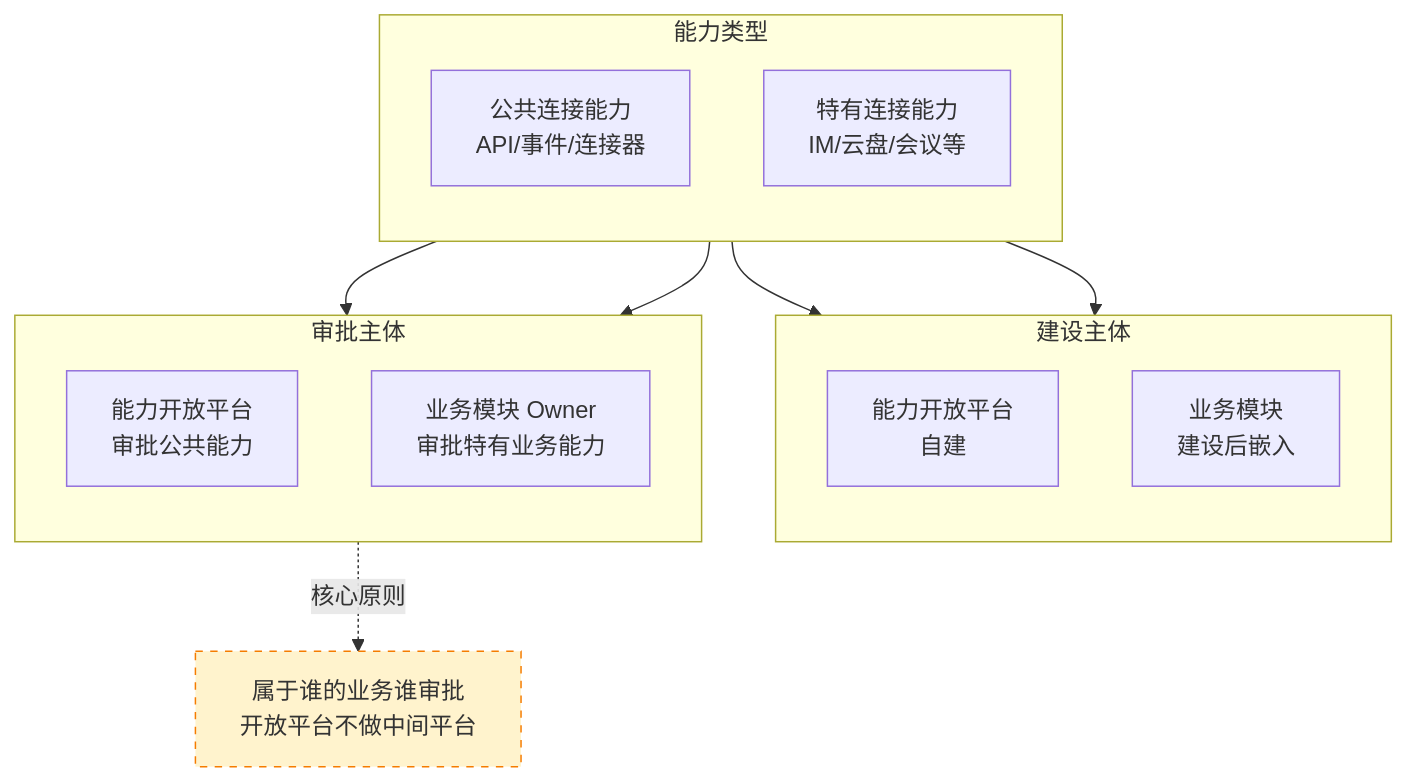
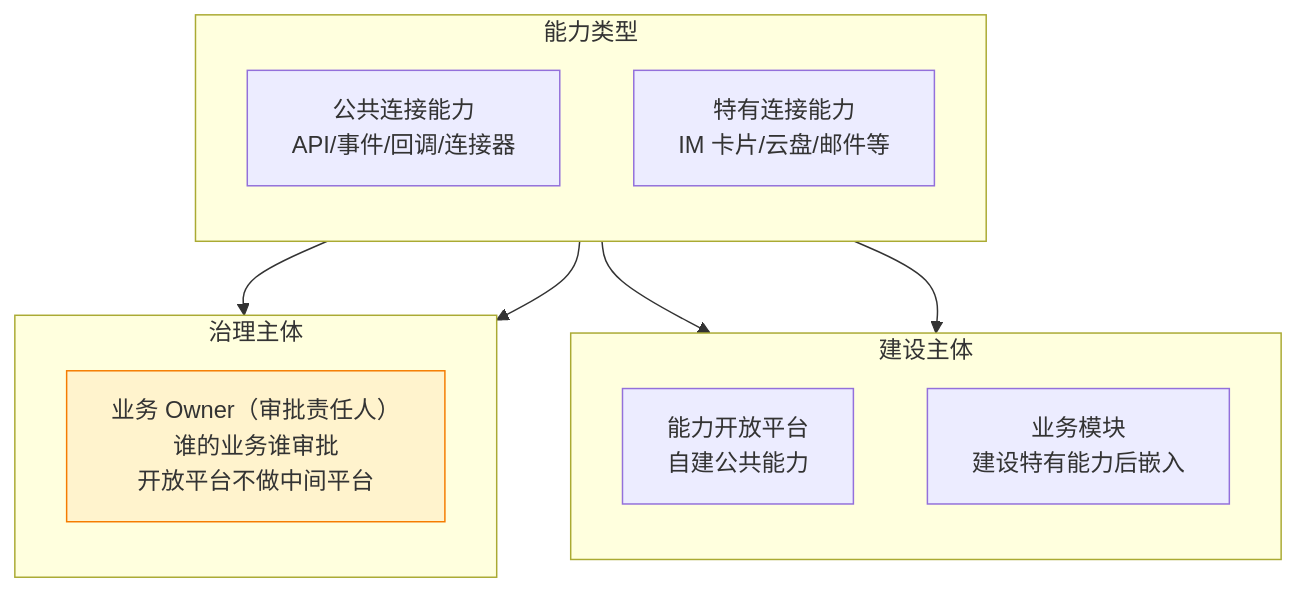
One commit to THZSummer/Product changed the tenth of 12 diagrams in open-app/.sdd/specs-tree-root/specs-tree-capability-open-platform/discovery-report.md. Above: the diagram before and after it, drawn with Mermaid. The commit also changed other lines of this file, not shown here.

First line of the commit message:
refactor: 优化 5.4 与数据开放平台的关系图

````diff
--- a/open-app/.sdd/specs-tree-root/specs-tree-capability-open-platform/discovery-report.md
+++ b/open-app/.sdd/specs-tree-root/specs-tree-capability-open-platform/discovery-report.md
@@ -532,28 +532,26 @@
 ```mermaid
 flowchart TB
     subgraph 能力类型
         direction TB
-        T1[公共连接能力<br/>API/事件/连接器]
-        T2[特有连接能力<br/>IM/云盘/会议等]
+        T1[公共连接能力<br/>API/事件/回调/连接器]
+        T2[特有连接能力<br/>IM 卡片/云盘/邮件等]
     end
     
     subgraph 建设主体
         direction TB
-        B1[能力开放平台<br/>自建]
-        B2[业务模块<br/>建设后嵌入]
+        B1[能力开放平台<br/>自建公共能力]
+        B2[业务模块<br/>建设特有能力后嵌入]
     end
     
-    subgraph 审批主体
+    subgraph 治理主体
         direction TB
-        A1[能力开放平台<br/>审批公共能力]
-        A2[业务模块 Owner<br/>审批特有业务能力]
+        G[业务 Owner（审批责任人）<br/>谁的业务谁审批<br/>开放平台不做中间平台]
     end
     
     T1 --> B1
     T2 --> B2
-    T1 --> A1
-    T2 --> A2
+    T1 --> G
+    T2 --> G
     
-    A2 -.->|核心原则 | P[属于谁的业务谁审批<br/>开放平台不做中间平台]
-    style P fill:#fff3cd,stroke:#f57c00,stroke-dasharray: 5 5
+    style G fill:#fff3cd,stroke:#f57c00
 ```
````
